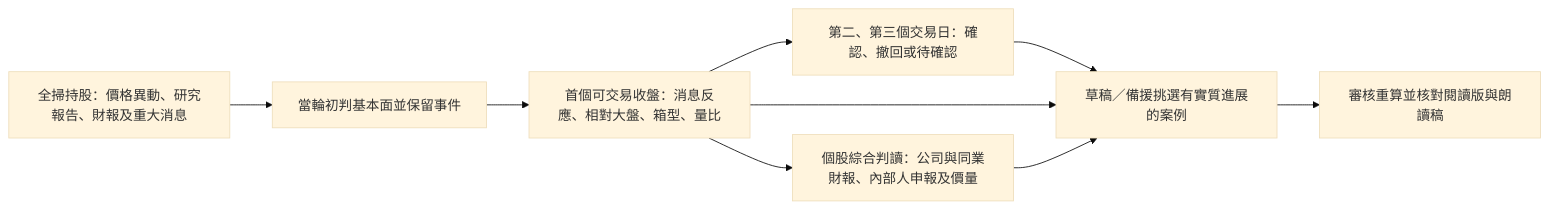
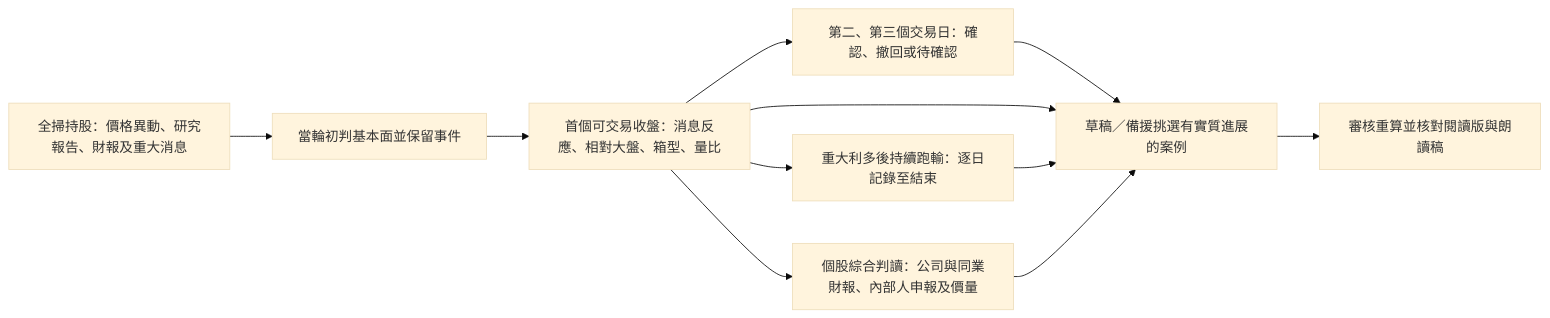
One commit to Vinskao/maya-sawa changed the fifth of 5 diagrams in docs/DAILY_MAYA_BRIEF.md. Above: the diagram before and after it, drawn with Mermaid (base theme). The commit also changed other lines of this file and 9 other files, not shown here.

````diff
--- a/docs/DAILY_MAYA_BRIEF.md
+++ b/docs/DAILY_MAYA_BRIEF.md
@@ -226,11 +226,13 @@
 ```mermaid
 flowchart LR
   S[全掃持股：價格異動、研究報告、財報及重大消息] --> I[當輪初判基本面並保留事件]
   I --> C[首個可交易收盤：消息反應、相對大盤、箱型、量比]
   C --> T[第二、第三個交易日：確認、撤回或待確認]
   T --> D[草稿／備援挑選有實質進展的案例]
   C --> D
+  C --> E[重大利多後持續跑輸：逐日記錄至結束]
+  E --> D
   C --> P[個股綜合判讀：公司與同業財報、內部人申報及價量]
   P --> D
   D --> R[審核重算並核對閱讀版與朗讀稿]
 ```
````
